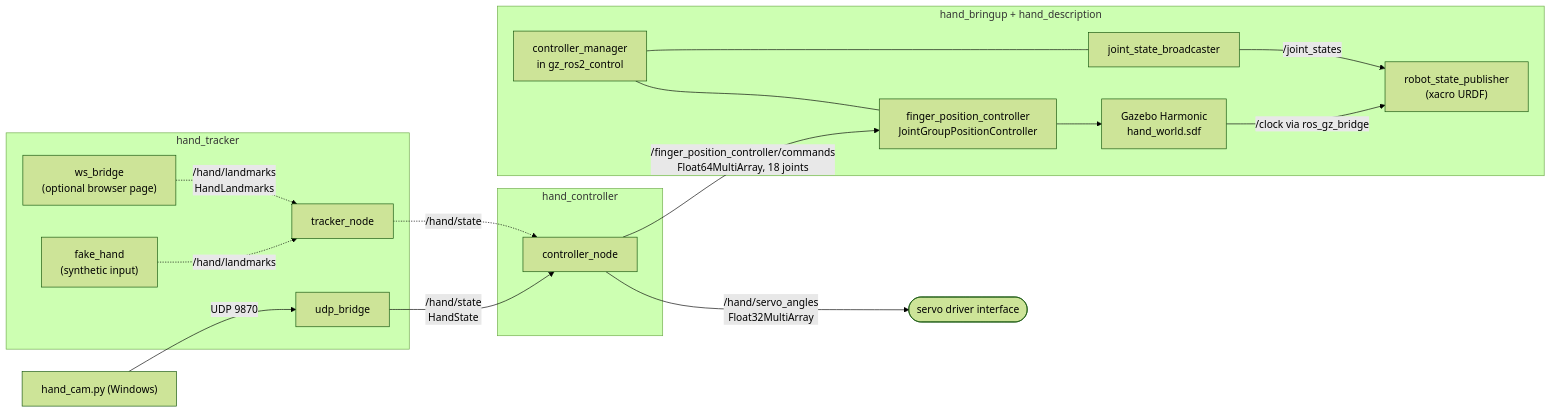
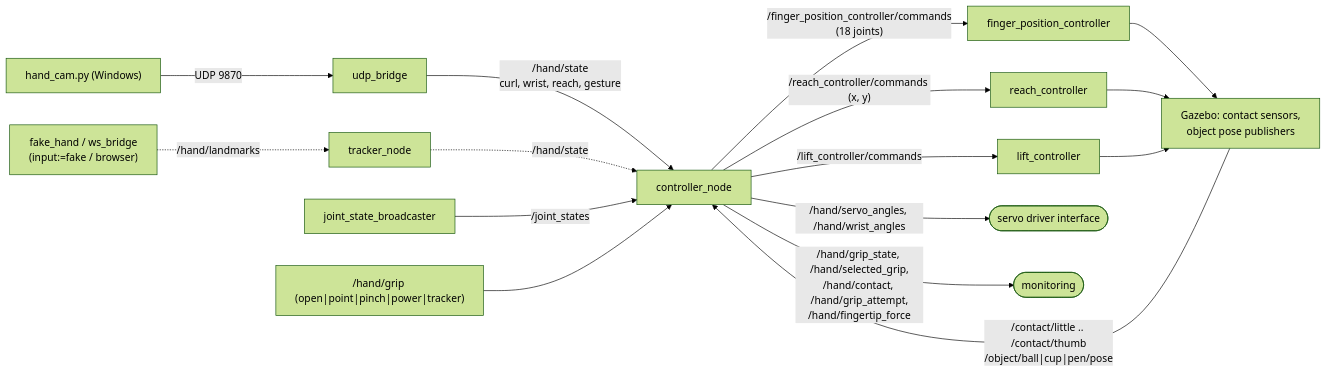
Before and after one commit to mrsssok2/robotic_prosthetic_hand: the second of 3 diagrams in README.md, drawn with Mermaid (forest theme). The commit also changed other lines of this file, not shown here.

Commit message:
Root README: keep the original hardware section, rewrite the ROS 2 + Gazebo section

````diff
--- a/README.md
+++ b/README.md
@@ -84,31 +130,18 @@
 ```mermaid
 flowchart LR
-  subgraph hand_tracker
-    udp["udp_bridge"]
-    ws["ws_bridge<br/>(optional browser page)"]
-    fake["fake_hand<br/>(synthetic input)"]
-    trk["tracker_node"]
-  end
-  subgraph hand_controller
-    ctrl["controller_node"]
-  end
-  subgraph hand_bringup["hand_bringup + hand_description"]
-    rsp["robot_state_publisher<br/>(xacro URDF)"]
-    cm["controller_manager<br/>in gz_ros2_control"]
-    jsb["joint_state_broadcaster"]
-    fpc["finger_position_controller<br/>JointGroupPositionController"]
-    gzs["Gazebo Harmonic<br/>hand_world.sdf"]
-  end
-  win["hand_cam.py (Windows)"] -- "UDP 9870" --> udp
-  ws -. "/hand/landmarks<br/>HandLandmarks" .-> trk
-  fake -. "/hand/landmarks" .-> trk
-  udp -- "/hand/state<br/>HandState" --> ctrl
+  win["hand_cam.py (Windows)"] -- "UDP 9870" --> udp["udp_bridge"]
+  fake["fake_hand / ws_bridge<br/>(input:=fake / browser)"] -. "/hand/landmarks" .-> trk["tracker_node"]
+  udp -- "/hand/state<br/>curl, wrist, reach, gesture" --> ctrl["controller_node"]
   trk -. "/hand/state" .-> ctrl
-  ctrl -- "/hand/servo_angles<br/>Float32MultiArray" --> out1(["servo driver interface"])
-  ctrl -- "/finger_position_controller/commands<br/>Float64MultiArray, 18 joints" --> fpc
-  cm --- fpc
-  cm --- jsb
+  gzs["Gazebo: contact sensors,<br/>object pose publishers"] -- "/contact/little .. /contact/thumb<br/>/object/ball|cup|pen/pose" --> ctrl
+  jsb["joint_state_broadcaster"] -- "/joint_states" --> ctrl
+  ctrl -- "/finger_position_controller/commands<br/>(18 joints)" --> fpc["finger_position_controller"]
+  ctrl -- "/reach_controller/commands (x, y)" --> rch["reach_controller"]
+  ctrl -- "/lift_controller/commands" --> lft["lift_controller"]
+  ctrl -- "/hand/servo_angles, /hand/wrist_angles" --> out(["servo driver interface"])
+  ctrl -- "/hand/grip_state, /hand/selected_grip,<br/>/hand/contact, /hand/grip_attempt,<br/>/hand/fingertip_force" --> mon(["monitoring"])
+  grip["/hand/grip (open|point|pinch|power|tracker)"] --> ctrl
   fpc --> gzs
-  jsb -- "/joint_states" --> rsp
-  gzs -- "/clock via ros_gz_bridge" --> rsp
+  rch --> gzs
+  lft --> gzs
 ```
````
